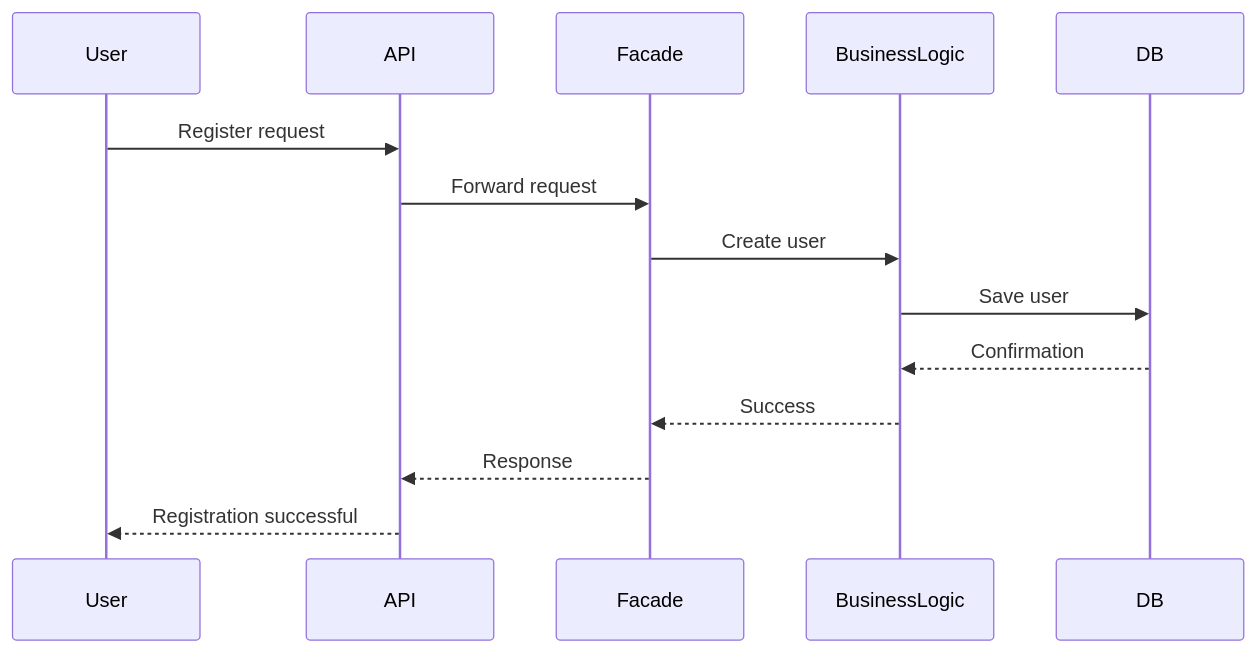
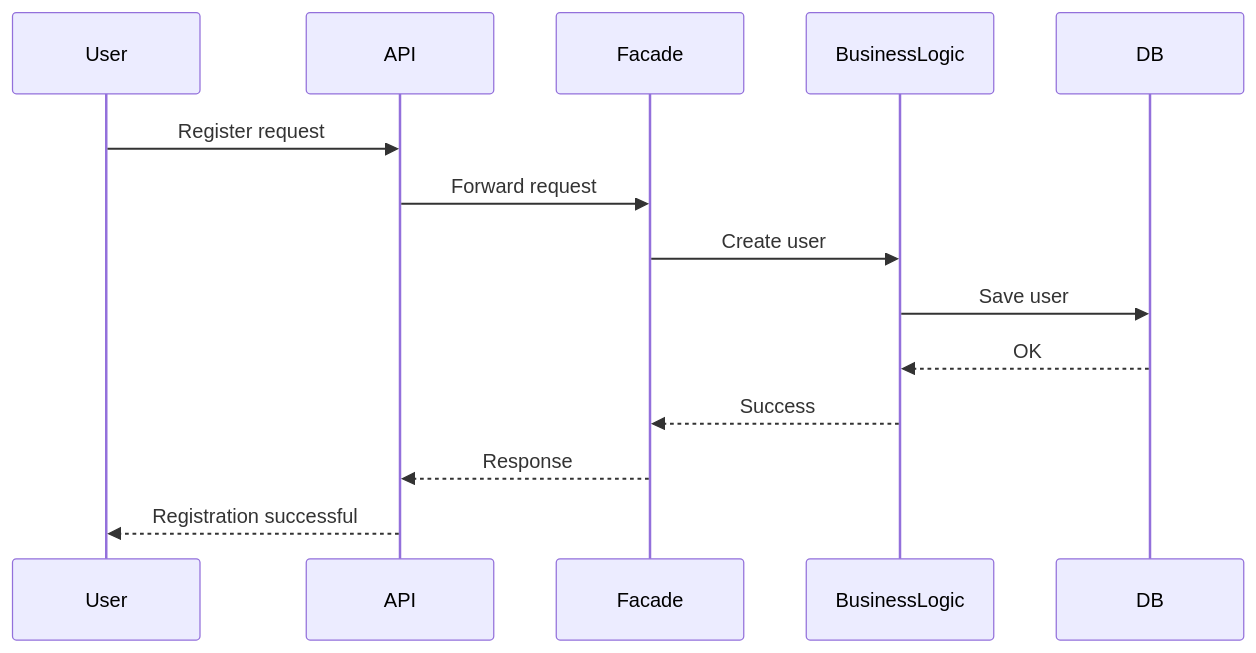
The second of 5 diagrams in part1/README.md (niceehi/holbertonschool-hbnb), drawn with Mermaid before and after one commit. The commit also changed other lines of this file, not shown here.

````diff
--- a/part1/README.md
+++ b/part1/README.md
@@ -238,17 +216,17 @@
 ```mermaid
 sequenceDiagram
 participant User
 participant API
 participant Facade
 participant BusinessLogic
 participant DB
 
 User->>API: Register request
 API->>Facade: Forward request
 Facade->>BusinessLogic: Create user
 BusinessLogic->>DB: Save user
-DB-->>BusinessLogic: Confirmation
+DB-->>BusinessLogic: OK
 BusinessLogic-->>Facade: Success
 Facade-->>API: Response
 API-->>User: Registration successful
 ```
````
